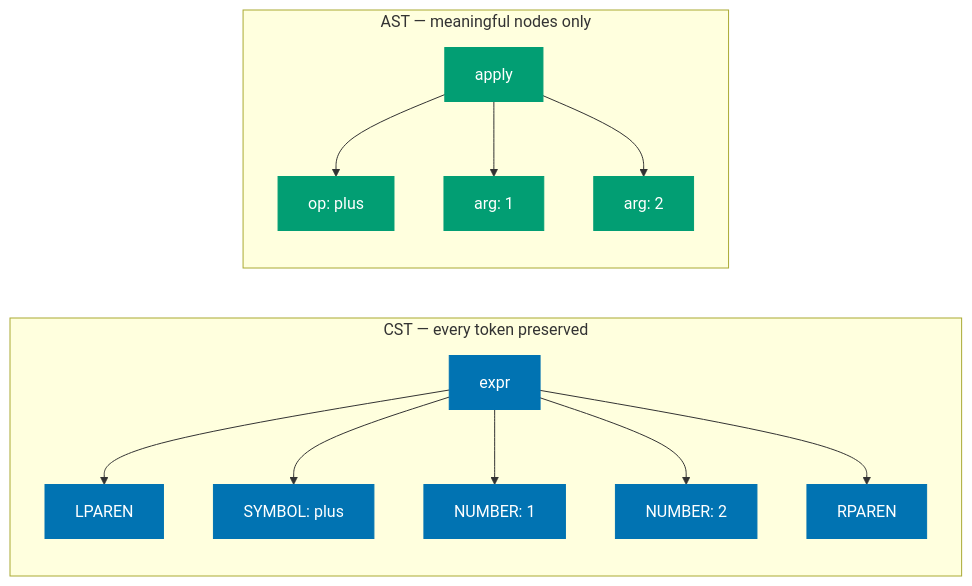
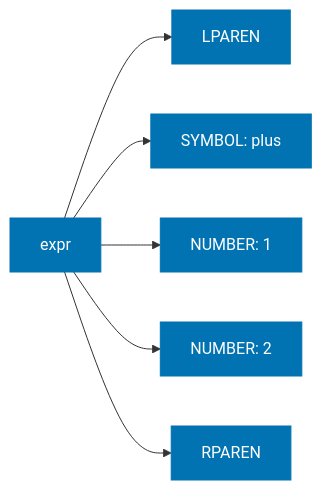
The third of 16 diagrams in apps/ayokoding-web/content/en/learn/software-engineering/compilers-and-interpreters/terminology.md (wahidyankf/open-sharia-enterprise), drawn with Mermaid before and after one commit. The commit also changed other lines of this file, not shown here.

Commit message:
fix(ayokoding-web): split CST/AST diagram into two separate diagrams

````diff
--- a/apps/ayokoding-web/content/en/learn/software-engineering/compilers-and-interpreters/terminology.md
+++ b/apps/ayokoding-web/content/en/learn/software-engineering/compilers-and-interpreters/terminology.md
@@ -126,34 +128,12 @@
 ```mermaid
 %% Color palette: Blue #0173B2, Orange #DE8F05, Teal #029E73, Purple #CC78BC, Brown #CA9161, Gray #808080
-%% CST keeps every syntax token; AST keeps only meaningful structure
 flowchart LR
-    subgraph CST["CST — every token preserved"]
-        C1["expr"]
-        C2["LPAREN"]
-        C3["SYMBOL: plus"]
-        C4["NUMBER: 1"]
-        C5["NUMBER: 2"]
-        C6["RPAREN"]
-        C1 --> C2
-        C1 --> C3
-        C1 --> C4
-        C1 --> C5
-        C1 --> C6
-    end
-
-    subgraph AST["AST — meaningful nodes only"]
-        A1["apply"]
-        A2["op: plus"]
-        A3["arg: 1"]
-        A4["arg: 2"]
-        A1 --> A2
-        A1 --> A3
-        A1 --> A4
-    end
+    C1["expr"] --> C2["LPAREN"]
+    C1 --> C3["SYMBOL: plus"]
+    C1 --> C4["NUMBER: 1"]
+    C1 --> C5["NUMBER: 2"]
+    C1 --> C6["RPAREN"]
 
     classDef blue fill:#0173B2,color:#fff,stroke:#0173B2
-    classDef teal fill:#029E73,color:#fff,stroke:#029E73
-
     class C1,C2,C3,C4,C5,C6 blue
-    class A1,A2,A3,A4 teal
 ```
````
